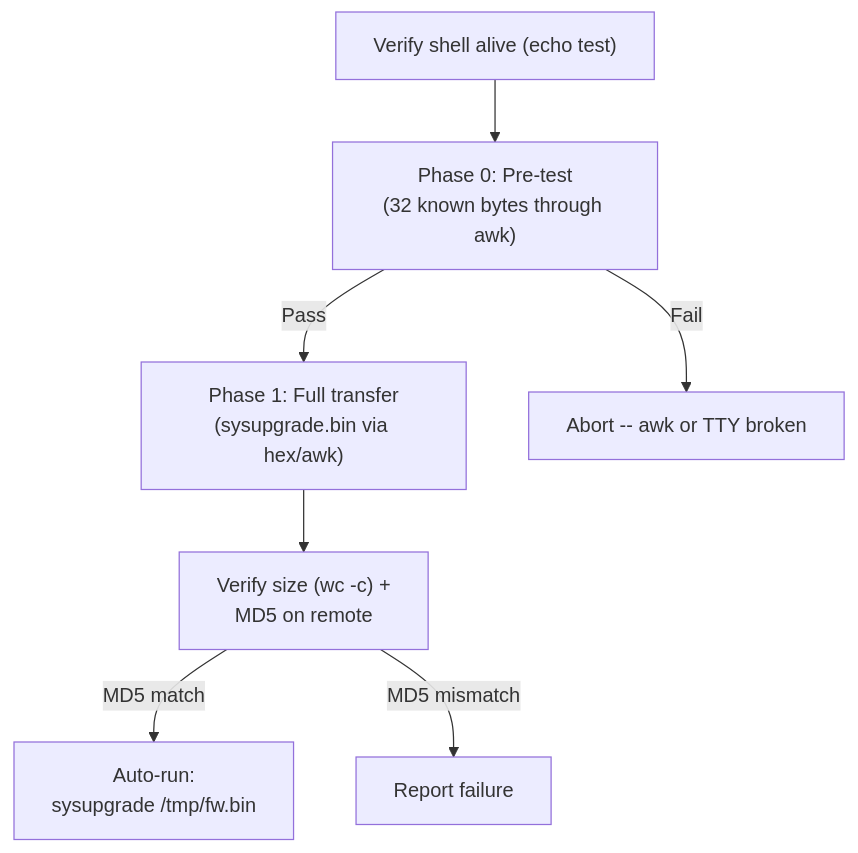
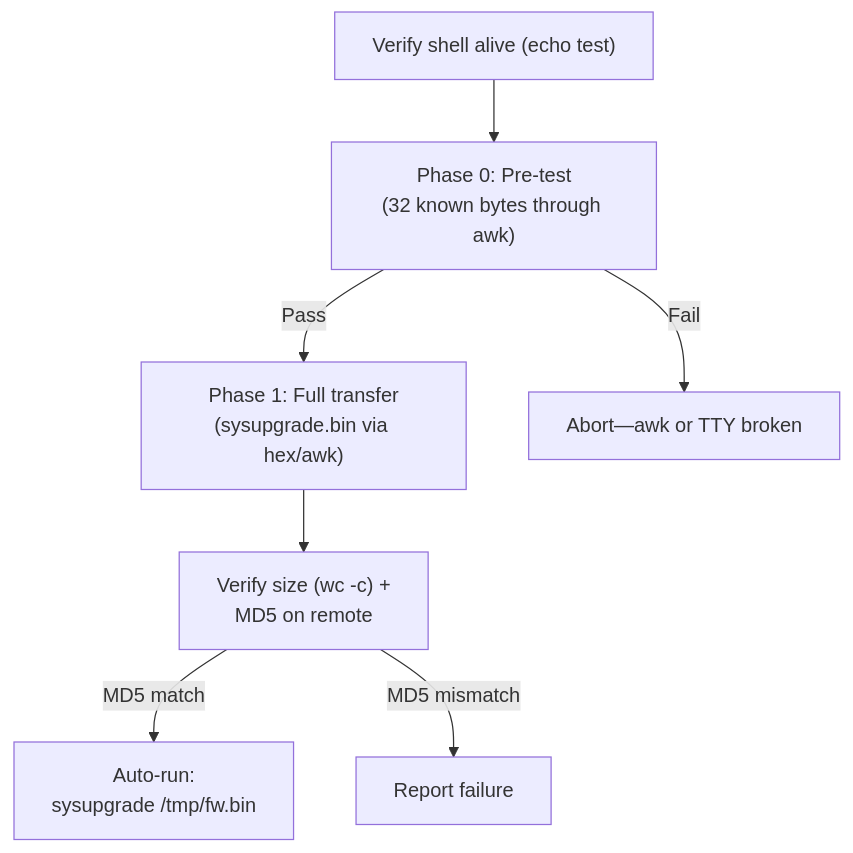
The fourth of 4 diagrams in docs/reference/script-reference.md (bsikar/mr18-openwrt), drawn with Mermaid before and after one commit. The commit also changed other lines of this file and 38 other files, not shown here.

````diff
--- a/docs/reference/script-reference.md
+++ b/docs/reference/script-reference.md
@@ -220,10 +220,10 @@
 ```mermaid
 graph TD
     T1["Verify shell alive (echo test)"]
     T1 --> T2["Phase 0: Pre-test<br>(32 known bytes through awk)"]
     T2 --> |"Pass"| T3["Phase 1: Full transfer<br>(sysupgrade.bin via hex/awk)"]
-    T2 --> |"Fail"| T_ABORT["Abort -- awk or TTY broken"]
+    T2 --> |"Fail"| T_ABORT["Abort—awk or TTY broken"]
     T3 --> T4["Verify size (wc -c) +<br>MD5 on remote"]
     T4 --> |"MD5 match"| T5["Auto-run:<br>sysupgrade /tmp/fw.bin"]
     T4 --> |"MD5 mismatch"| T_FAIL["Report failure"]
 ```
````
